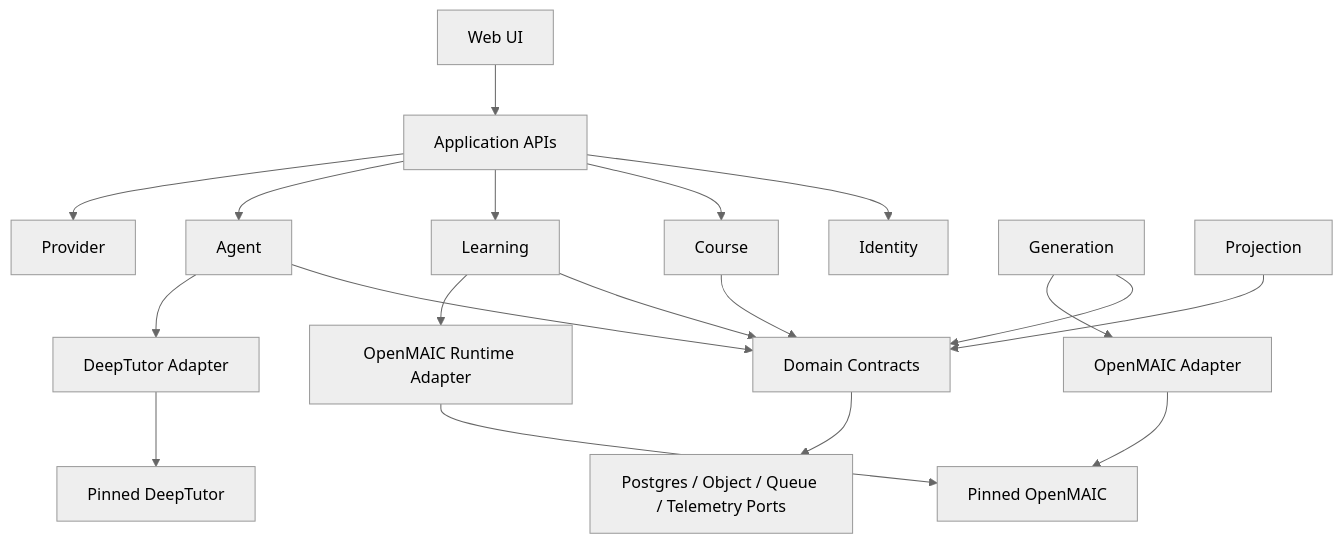
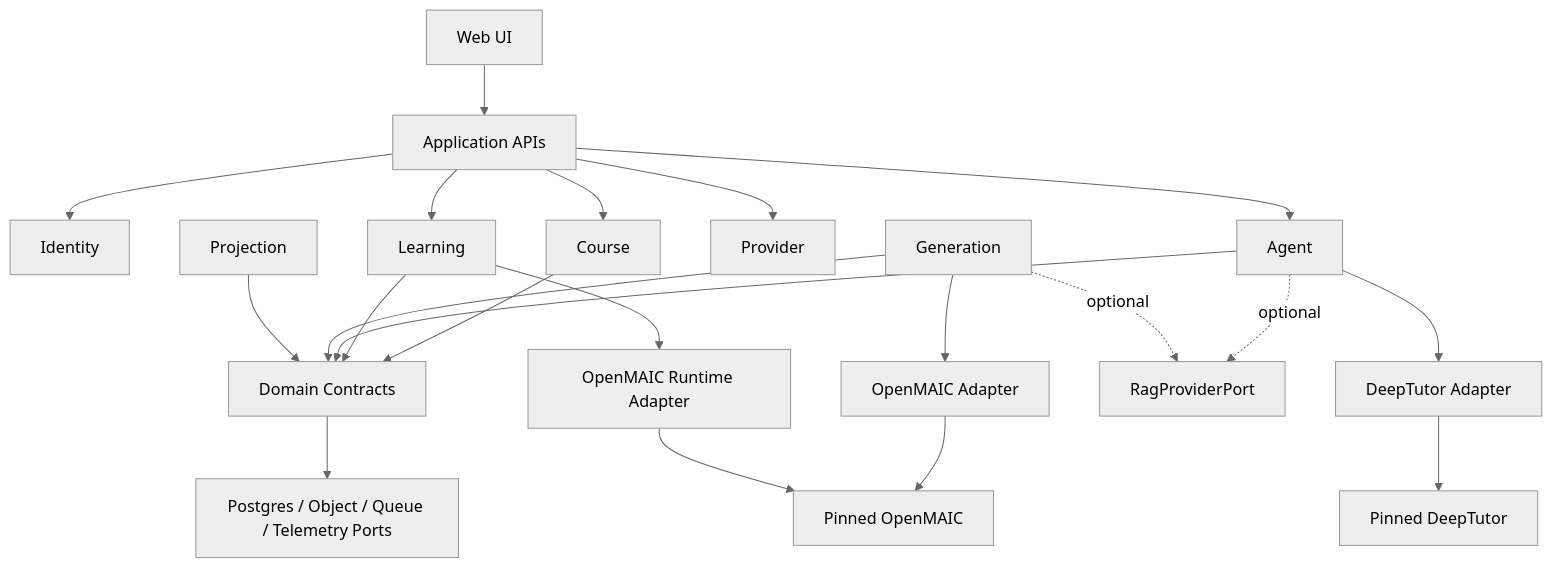
One commit to variableway/innate-tutor changed the first of 2 diagrams in docs/refined/04-module-design.md. Above: the diagram before and after it, drawn with Mermaid (neutral theme). The commit also changed other lines of this file and 8 other files, not shown here.

````diff
--- a/docs/refined/04-module-design.md
+++ b/docs/refined/04-module-design.md
@@ -24,25 +25,27 @@
 ```mermaid
 flowchart TB
   UI["Web UI"] --> API["Application APIs"]
   API --> Identity
   API --> Course
   API --> Learning
   API --> Agent
   API --> Provider
 
   Course --> Contracts["Domain Contracts"]
   Learning --> Contracts
   Agent --> Contracts
   Generation --> Contracts
   Projection --> Contracts
 
   Generation --> OpenAdapter["OpenMAIC Adapter"]
   Agent --> DeepAdapter["DeepTutor Adapter"]
+  Agent -. "optional" .-> Retrieval["RagProviderPort"]
+  Generation -. "optional" .-> Retrieval
   Learning --> RuntimeAdapter["OpenMAIC Runtime Adapter"]
 
   OpenAdapter --> OpenMAIC["Pinned OpenMAIC"]
   RuntimeAdapter --> OpenMAIC
   DeepAdapter --> DeepTutor["Pinned DeepTutor"]
 
   Contracts --> Infra["Postgres / Object / Queue / Telemetry Ports"]
 ```
````
